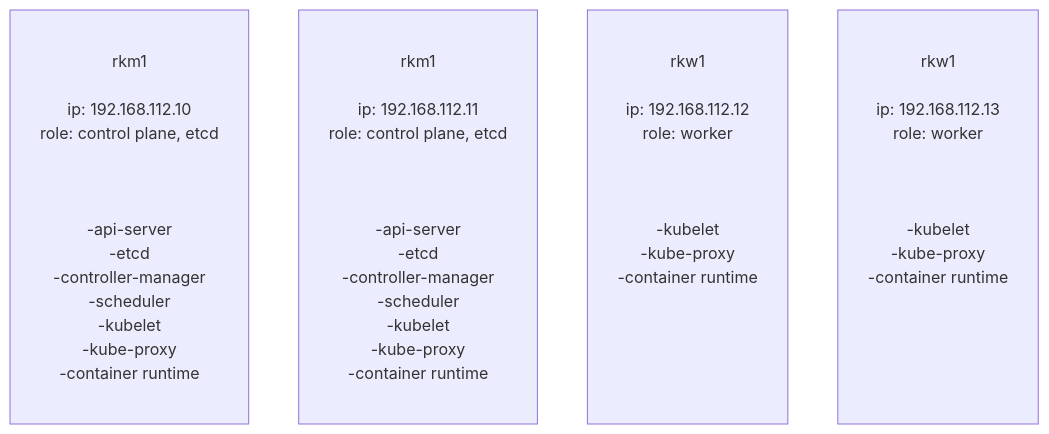
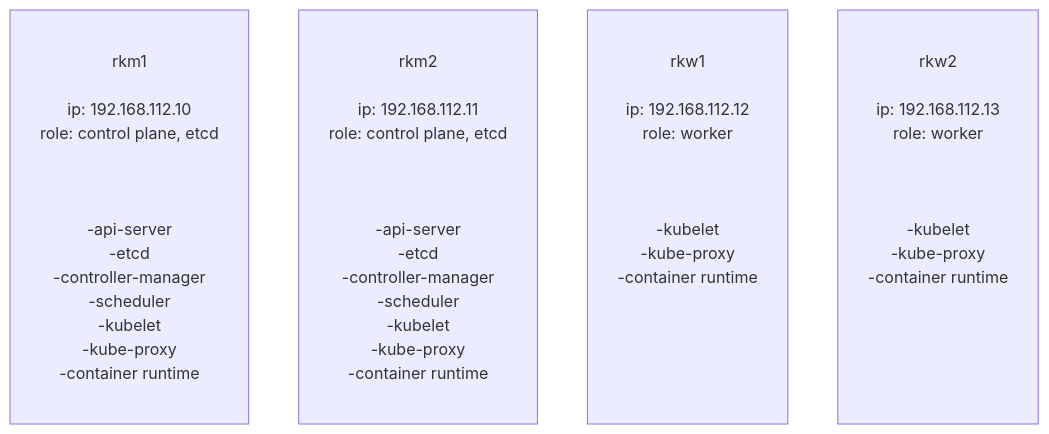
The first of 2 diagrams in README.md (armanbasirat/rke), drawn with Mermaid before and after one commit. The commit also changed other lines of this file, not shown here.

````diff
--- a/README.md
+++ b/README.md
@@ -63,7 +63,7 @@
 ```mermaid
 graph TD
 A[<br>rkm1<br><br>ip: 192.168.112.10<br>role: control plane, etcd<br><br><br><br>-api-server<br>-etcd<br>-controller-manager<br>-scheduler<br>-kubelet<br>-kube-proxy<br>-container runtime<br><br>]
-B[<br>rkm1<br><br>ip: 192.168.112.11<br>role: control plane, etcd<br><br><br><br>-api-server<br>-etcd<br>-controller-manager<br>-scheduler<br>-kubelet<br>-kube-proxy<br>-container runtime<br><br>]
+B[<br>rkm2<br><br>ip: 192.168.112.11<br>role: control plane, etcd<br><br><br><br>-api-server<br>-etcd<br>-controller-manager<br>-scheduler<br>-kubelet<br>-kube-proxy<br>-container runtime<br><br>]
 C[<br>rkw1<br><br>ip: 192.168.112.12<br>role: worker<br><br><br><br>-kubelet<br>-kube-proxy<br>-container runtime<br><br><br><br><br><br>]
-D[<br>rkw1<br><br>ip: 192.168.112.13<br>role: worker<br><br><br><br>-kubelet<br>-kube-proxy<br>-container runtime<br><br><br><br><br><br>]
+D[<br>rkw2<br><br>ip: 192.168.112.13<br>role: worker<br><br><br><br>-kubelet<br>-kube-proxy<br>-container runtime<br><br><br><br><br><br>]
 ```
````
